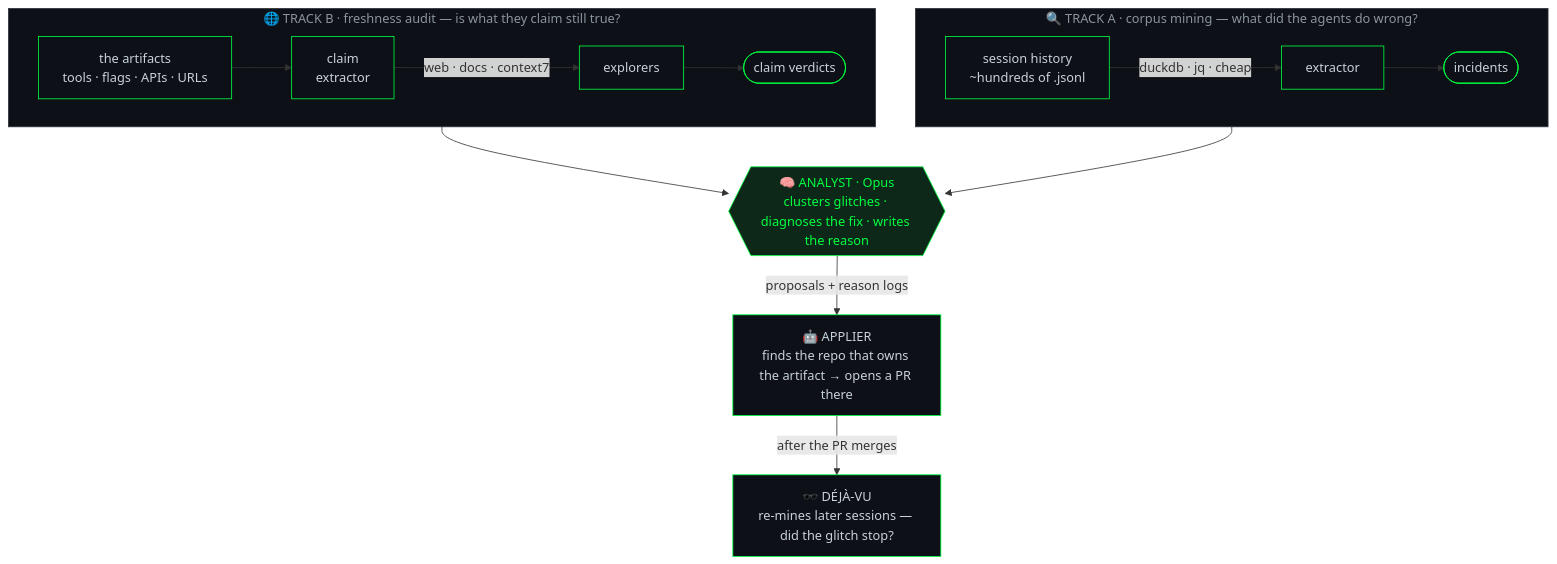
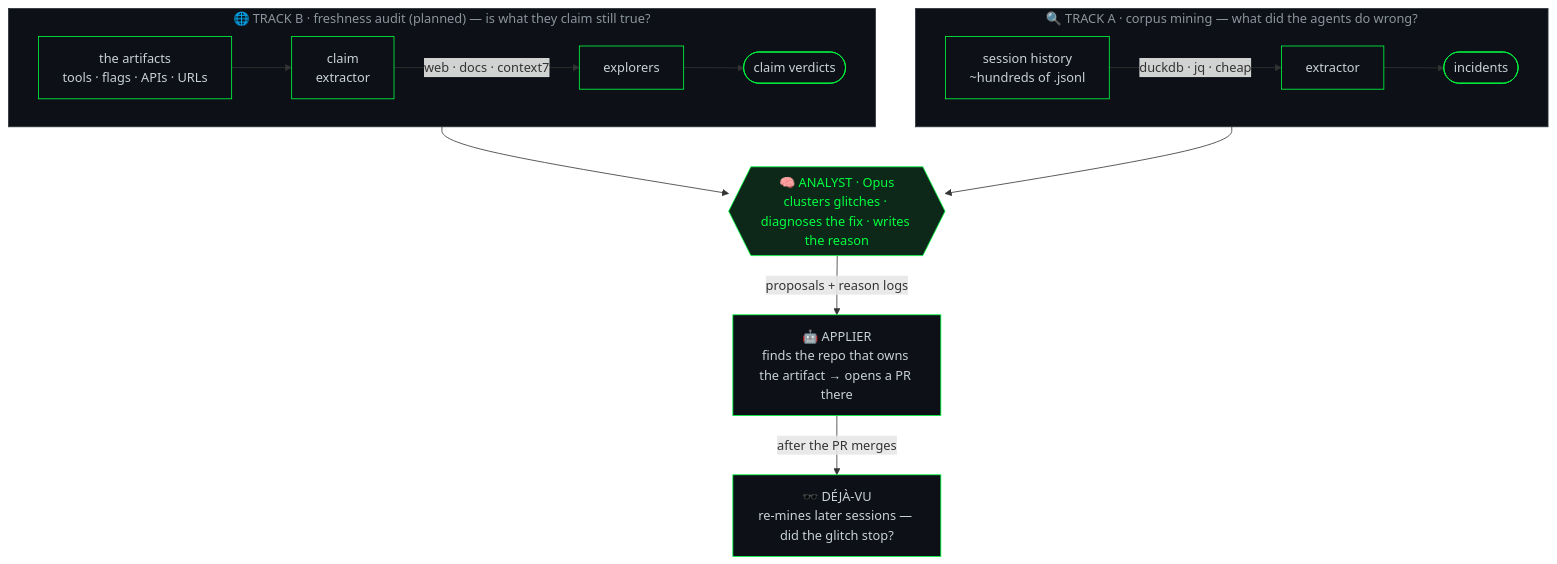
The diagram in README.md (noamsto/agent-smith), drawn with Mermaid before and after one commit. The commit also changed other lines of this file, not shown here.

Commit message:
docs(readme): phase 1 live — real signals table, plugin quick start, draft-PR + preflight safety, current roadmap

````diff
--- a/README.md
+++ b/README.md
@@ -42,26 +42,26 @@
 ```mermaid
 flowchart TD
     subgraph A["🔍 TRACK A · corpus mining — what did the agents do wrong?"]
         direction LR
         sh["session history<br/>~hundreds of .jsonl"] -->|"duckdb · jq · cheap"| ext["extractor"] --> inc(["incidents"])
     end
 
-    subgraph B["🌐 TRACK B · freshness audit — is what they claim still true?"]
+    subgraph B["🌐 TRACK B · freshness audit (planned) — is what they claim still true?"]
         direction LR
         art["the artifacts<br/>tools · flags · APIs · URLs"] --> claim["claim<br/>extractor"] -->|"web · docs · context7"| exp["explorers"] --> ver(["claim verdicts"])
     end
 
     inc --> AN
     ver --> AN
 
     AN{{"🧠 ANALYST · Opus<br/>clusters glitches · diagnoses the fix · writes the reason"}}
     AN -->|"proposals + reason logs"| AP["🤖 APPLIER<br/>finds the repo that owns the artifact → opens a PR there"]
     AP -->|"after the PR merges"| DV["🕶️ DÉJÀ-VU<br/>re-mines later sessions — did the glitch stop?"]
 
     classDef track fill:#0d1117,stroke:#30363d,color:#8b949e;
     classDef node fill:#0d1117,stroke:#00ff41,color:#c9d1d9;
     classDef brain fill:#0d2818,stroke:#00ff41,color:#00ff41;
     class sh,ext,inc,art,claim,exp,ver,AP,DV node;
     class AN brain;
     class A,B track;
 ```
````
